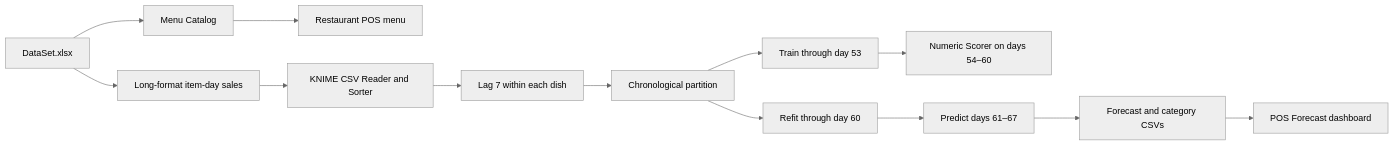
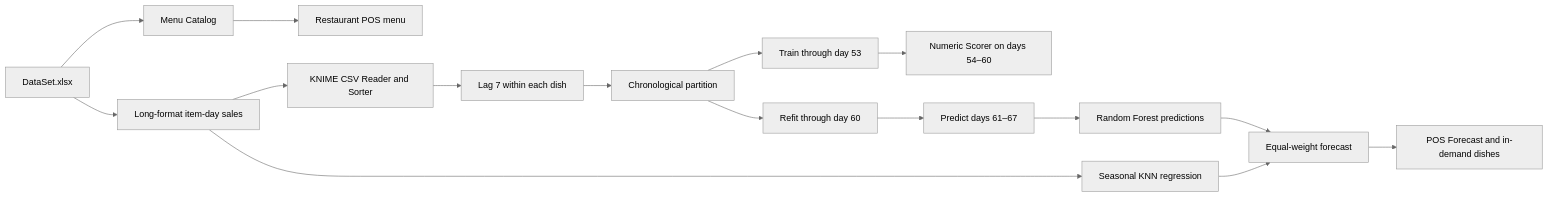
One commit to Seperoth/POS-SYSTEM-ISFINALS changed the diagram in forecasting/README.md. Above: the diagram before and after it, drawn with Mermaid (neutral theme). The commit also changed other lines of this file and 10 other files, not shown here.

Commit message:
Predict product demand with hybrid Random Forest and KNN

````diff
--- a/forecasting/README.md
+++ b/forecasting/README.md
@@ -7,15 +7,18 @@
 ```mermaid
 flowchart LR
     A["DataSet.xlsx"] --> B["Menu Catalog"]
     A --> C["Long-format item-day sales"]
     B --> D["Restaurant POS menu"]
     C --> E["KNIME CSV Reader and Sorter"]
     E --> F["Lag 7 within each dish"]
     F --> G["Chronological partition"]
     G --> H["Train through day 53"]
     H --> I["Numeric Scorer on days 54–60"]
     G --> J["Refit through day 60"]
     J --> K["Predict days 61–67"]
-    K --> L["Forecast and category CSVs"]
-    L --> M["POS Forecast dashboard"]
+    K --> L["Random Forest predictions"]
+    C --> N["Seasonal KNN regression"]
+    N --> O["Equal-weight forecast"]
+    L --> O
+    O --> M["POS Forecast and in-demand dishes"]
 ```
````
